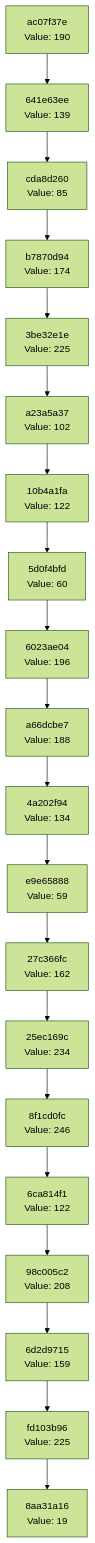
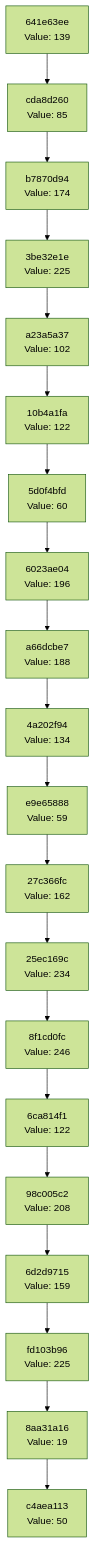
Before and after one commit to Abhisheksinha1506/hash-chain-evolver: the diagram in docs/CHAIN_VISUALIZATION.md, drawn with Mermaid (forest theme). The commit also changed 3 other files, not shown here.

````diff
--- a/docs/CHAIN_VISUALIZATION.md
+++ b/docs/CHAIN_VISUALIZATION.md
@@ -3,42 +3,42 @@
 ```mermaid
 graph TD
-    C0["8aa31a16<br/>Value: 19"]
-    C1["fd103b96<br/>Value: 225"]
+    C0["c4aea113<br/>Value: 50"]
+    C1["8aa31a16<br/>Value: 19"]
     C1 --> C0
-    C2["6d2d9715<br/>Value: 159"]
+    C2["fd103b96<br/>Value: 225"]
     C2 --> C1
-    C3["98c005c2<br/>Value: 208"]
+    C3["6d2d9715<br/>Value: 159"]
     C3 --> C2
-    C4["6ca814f1<br/>Value: 122"]
+    C4["98c005c2<br/>Value: 208"]
     C4 --> C3
-    C5["8f1cd0fc<br/>Value: 246"]
+    C5["6ca814f1<br/>Value: 122"]
     C5 --> C4
-    C6["25ec169c<br/>Value: 234"]
+    C6["8f1cd0fc<br/>Value: 246"]
     C6 --> C5
-    C7["27c366fc<br/>Value: 162"]
+    C7["25ec169c<br/>Value: 234"]
     C7 --> C6
-    C8["e9e65888<br/>Value: 59"]
+    C8["27c366fc<br/>Value: 162"]
     C8 --> C7
-    C9["4a202f94<br/>Value: 134"]
+    C9["e9e65888<br/>Value: 59"]
     C9 --> C8
-    C10["a66dcbe7<br/>Value: 188"]
+    C10["4a202f94<br/>Value: 134"]
     C10 --> C9
-    C11["6023ae04<br/>Value: 196"]
+    C11["a66dcbe7<br/>Value: 188"]
     C11 --> C10
-    C12["5d0f4bfd<br/>Value: 60"]
+    C12["6023ae04<br/>Value: 196"]
     C12 --> C11
-    C13["10b4a1fa<br/>Value: 122"]
+    C13["5d0f4bfd<br/>Value: 60"]
     C13 --> C12
-    C14["a23a5a37<br/>Value: 102"]
+    C14["10b4a1fa<br/>Value: 122"]
     C14 --> C13
-    C15["3be32e1e<br/>Value: 225"]
+    C15["a23a5a37<br/>Value: 102"]
     C15 --> C14
-    C16["b7870d94<br/>Value: 174"]
+    C16["3be32e1e<br/>Value: 225"]
     C16 --> C15
-    C17["cda8d260<br/>Value: 85"]
+    C17["b7870d94<br/>Value: 174"]
     C17 --> C16
-    C18["641e63ee<br/>Value: 139"]
+    C18["cda8d260<br/>Value: 85"]
     C18 --> C17
-    C19["ac07f37e<br/>Value: 190"]
+    C19["641e63ee<br/>Value: 139"]
     C19 --> C18
 ```
````
